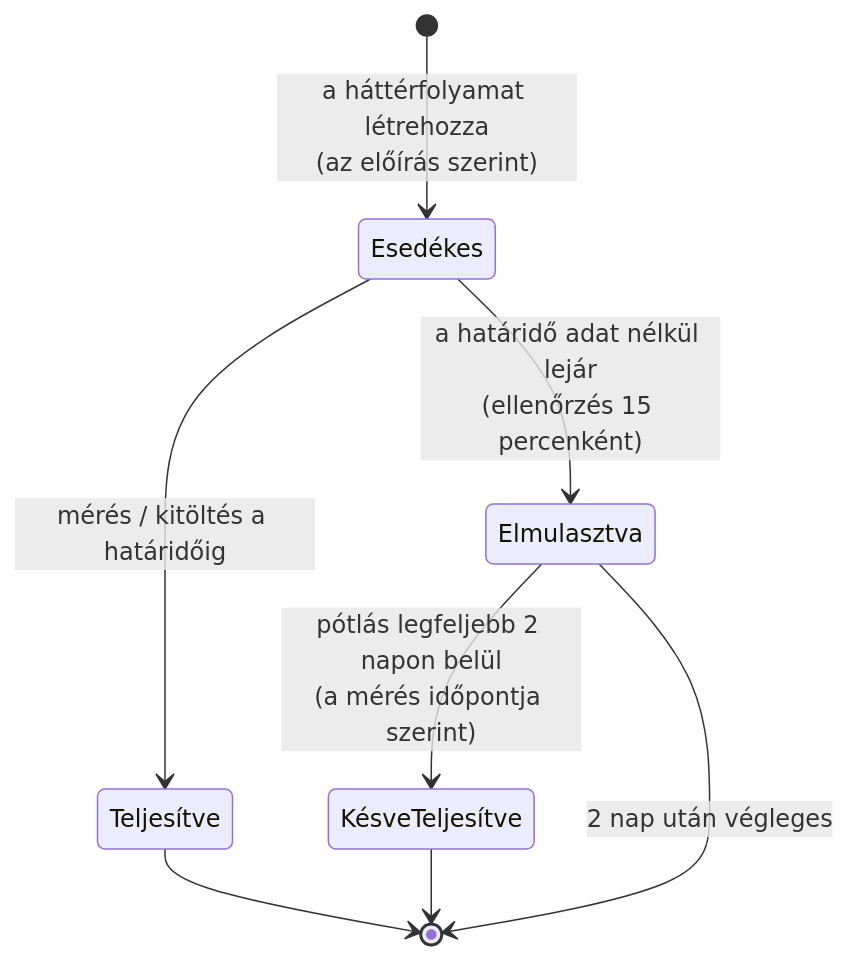
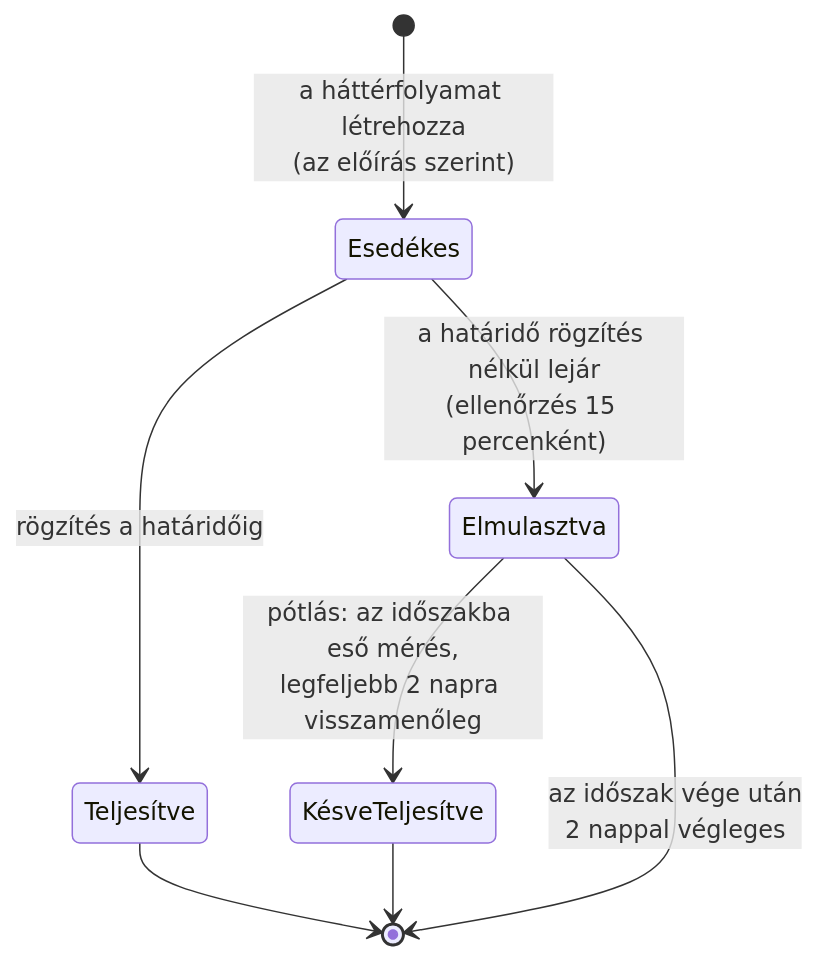
One commit to szombatikoni/pulse changed the second of 4 diagrams in docs/M1/06_folyamatabrak.md. Above: the diagram before and after it, drawn with Mermaid. The commit also changed other lines of this file and 28 other files, not shown here.

````diff
--- a/docs/M1/06_folyamatabrak.md
+++ b/docs/M1/06_folyamatabrak.md
@@ -36,10 +38,10 @@
 ```mermaid
 stateDiagram-v2
     [*] --> Esedékes : a háttérfolyamat létrehozza<br/>(az előírás szerint)
-    Esedékes --> Teljesítve : mérés / kitöltés a határidőig
-    Esedékes --> Elmulasztva : a határidő adat nélkül lejár<br/>(ellenőrzés 15 percenként)
-    Elmulasztva --> KésveTeljesítve : pótlás legfeljebb 2 napon belül<br/>(a mérés időpontja szerint)
+    Esedékes --> Teljesítve : rögzítés a határidőig
+    Esedékes --> Elmulasztva : a határidő rögzítés nélkül lejár<br/>(ellenőrzés 15 percenként)
+    Elmulasztva --> KésveTeljesítve : pótlás: az időszakba eső mérés,<br/>legfeljebb 2 napra visszamenőleg
     Teljesítve --> [*]
     KésveTeljesítve --> [*]
-    Elmulasztva --> [*] : 2 nap után végleges
+    Elmulasztva --> [*] : az időszak vége után<br/>2 nappal végleges
 ```
````
